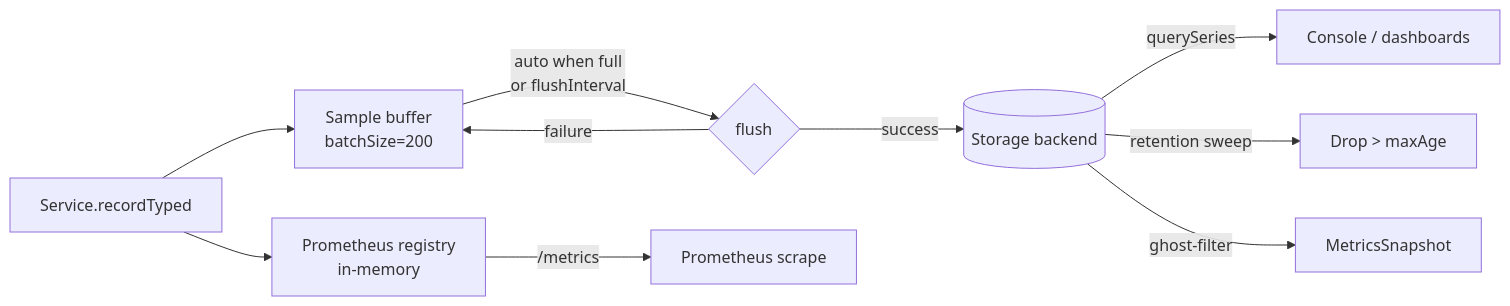
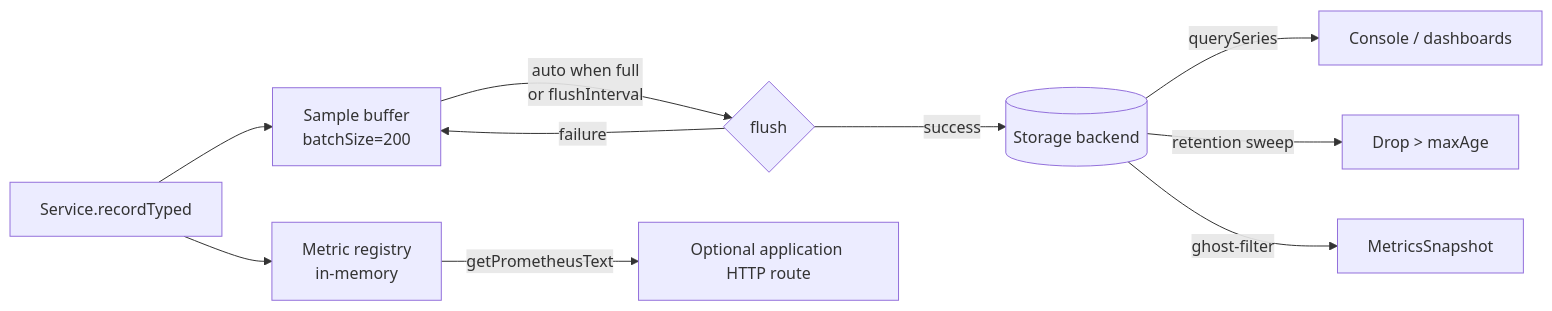
One commit to omnitron-dev/website changed the diagram in docs/titan/modules/metrics.mdx. Above: the diagram before and after it, drawn with Mermaid. The commit also changed other lines of this file and 4 other files, not shown here.

````diff
--- a/docs/titan/modules/metrics.mdx
+++ b/docs/titan/modules/metrics.mdx
@@ -425,13 +434,13 @@
 ```mermaid
 flowchart LR
   Code[Service.recordTyped]
-  Code --> Reg[Prometheus registry<br/>in-memory]
+  Code --> Reg[Metric registry<br/>in-memory]
   Code --> Buf[Sample buffer<br/>batchSize=200]
   Buf -- auto when full<br/>or flushInterval --> Flush{flush}
   Flush -- success --> Storage[(Storage backend)]
   Flush -- failure --> Buf
-  Reg -- /metrics --> Prom[Prometheus scrape]
+  Reg -- getPrometheusText --> Prom[Optional application HTTP route]
   Storage -- querySeries --> Dashboard[Console / dashboards]
   Storage -- retention sweep --> Cleanup[Drop > maxAge]
   Storage -- ghost-filter --> Snap[MetricsSnapshot]
 ```
````
